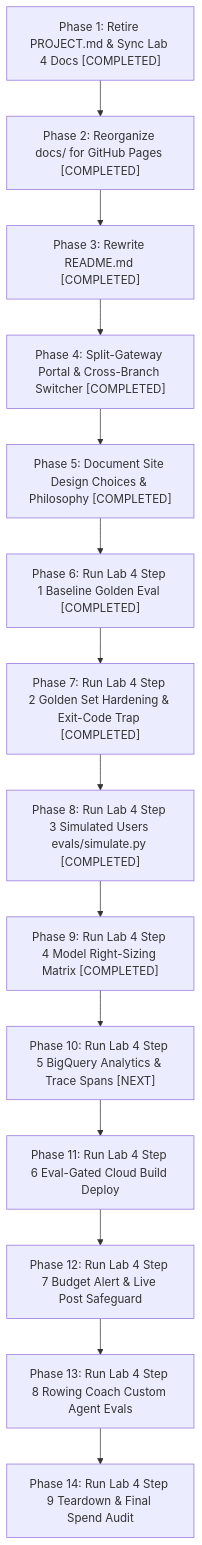
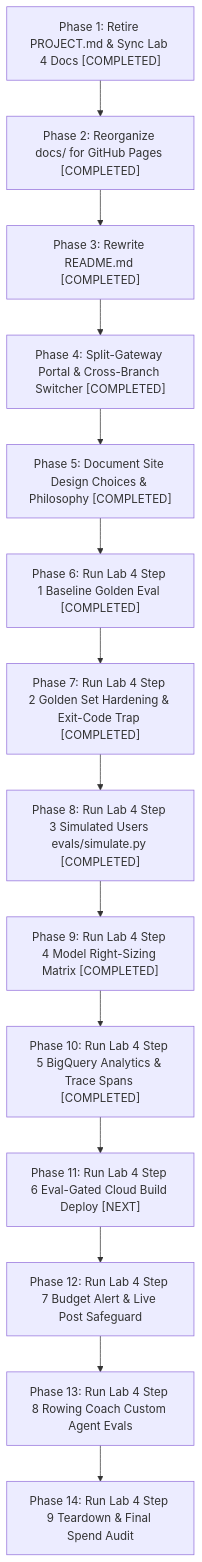
Before and after one commit to duncmon/ai-devcamp-labs: the diagram in PROGRESS.md, drawn with Mermaid. The commit also changed other lines of this file and 7 other files, not shown here.

Commit message:
feat(lab4): verify step 5 BigQuery agent analytics, cost forensics & slowest span

````diff
--- a/PROGRESS.md
+++ b/PROGRESS.md
@@ -206,16 +206,16 @@
 ```mermaid
 flowchart TD
     T0["Phase 1: Retire PROJECT.md & Sync Lab 4 Docs [COMPLETED]"] --> T1["Phase 2: Reorganize docs/ for GitHub Pages [COMPLETED]"]
     T1 --> T2["Phase 3: Rewrite README.md [COMPLETED]"]
     T2 --> T3["Phase 4: Split-Gateway Portal & Cross-Branch Switcher [COMPLETED]"]
     T3 --> T4["Phase 5: Document Site Design Choices & Philosophy [COMPLETED]"]
     T4 --> T5["Phase 6: Run Lab 4 Step 1 Baseline Golden Eval [COMPLETED]"]
     T5 --> T6["Phase 7: Run Lab 4 Step 2 Golden Set Hardening & Exit-Code Trap [COMPLETED]"]
     T6 --> T7["Phase 8: Run Lab 4 Step 3 Simulated Users evals/simulate.py [COMPLETED]"]
     T7 --> T8["Phase 9: Run Lab 4 Step 4 Model Right-Sizing Matrix [COMPLETED]"]
-    T8 --> T9["Phase 10: Run Lab 4 Step 5 BigQuery Analytics & Trace Spans [NEXT]"]
-    T9 --> T10["Phase 11: Run Lab 4 Step 6 Eval-Gated Cloud Build Deploy"]
+    T8 --> T9["Phase 10: Run Lab 4 Step 5 BigQuery Analytics & Trace Spans [COMPLETED]"]
+    T9 --> T10["Phase 11: Run Lab 4 Step 6 Eval-Gated Cloud Build Deploy [NEXT]"]
     T10 --> T11["Phase 12: Run Lab 4 Step 7 Budget Alert & Live Post Safeguard"]
     T11 --> T12["Phase 13: Run Lab 4 Step 8 Rowing Coach Custom Agent Evals"]
     T12 --> T13["Phase 14: Run Lab 4 Step 9 Teardown & Final Spend Audit"]
 ```
````
